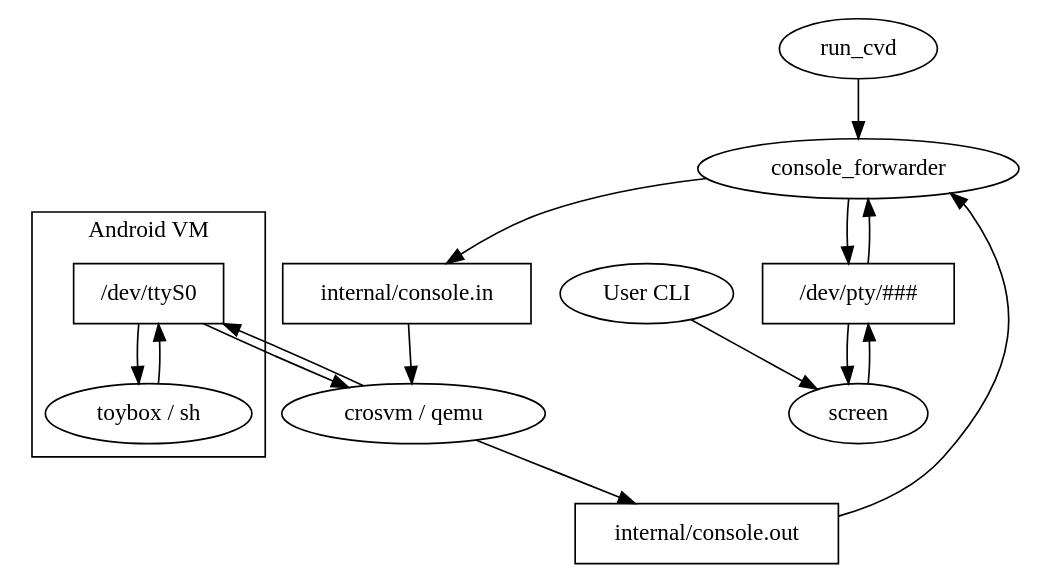
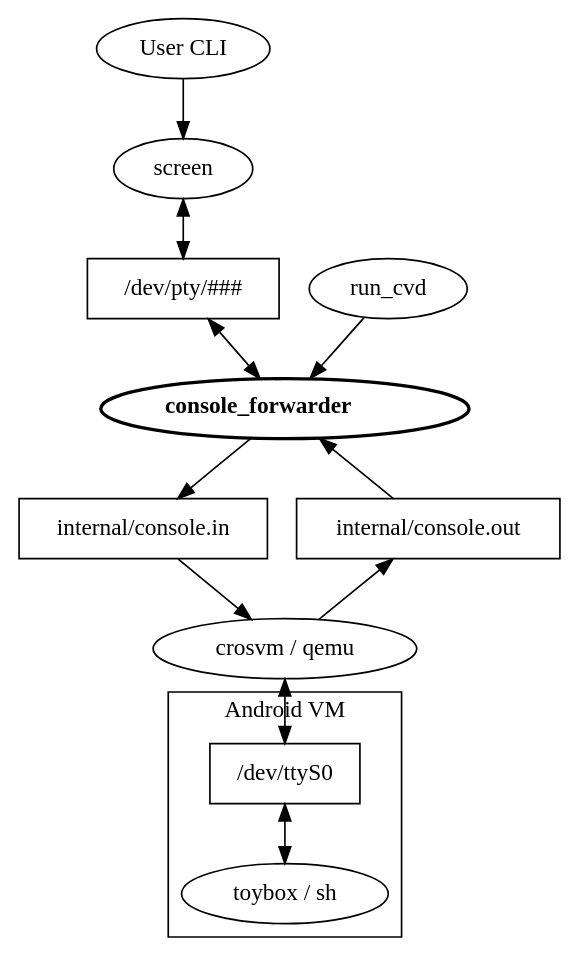
One commit to google/android-cuttlefish changed the diagram in host/commands/console_forwarder/doc/linkage.dot. Above: the diagram before and after it, drawn with Graphviz. The commit also changed 2 other files, not shown here.

Commit message:
Rearrange layout of console_forwarder
Bug: 254338333
Test: dot -Tpng linkage.dot -o linkage.png
Test: dot -Tsvg linkage.svg -o linkage.svg

```diff
--- a/host/commands/console_forwarder/doc/linkage.dot
+++ b/host/commands/console_forwarder/doc/linkage.dot
@@ -1,32 +1,24 @@
 digraph {
-  console_forwarder
-  host_console_in [label = "internal/console.in", shape="rectangle"]
-  host_console_out [label = "internal/console.out", shape="rectangle"]
-  host_pty [label = "/dev/pty/###", shape="rectangle"]
+  console_forwarder [label = < <B>console_forwarder</B> >, penwidth = 2]
+  host_console_in [label = "internal/console.in", shape = "rectangle"]
+  host_console_out [label = "internal/console.out", shape = "rectangle"]
+  host_pty [label = "/dev/pty/###", shape = "rectangle"]
   run_cvd
   screen
   user [label = "User CLI"]
   vmm [label = "crosvm / qemu"]
   subgraph cluster_android {
     label = "Android VM"
-    vm_console [label = "/dev/ttyS0", shape="rectangle"]
+    vm_console [label = "/dev/ttyS0", shape = "rectangle"]
     shell [label = "toybox / sh"]
   }
 
+  run_cvd -> console_forwarder
   user -> screen
-  screen -> host_pty
-  host_pty -> screen
+  screen -> host_pty -> console_forwarder [dir = "both"]
 
-  run_cvd -> console_forwarder
-  host_console_out -> console_forwarder
-  console_forwarder -> host_console_in
-  vmm -> host_console_out
-  host_console_in -> vmm
-  console_forwarder -> host_pty
-  host_pty -> console_forwarder
+  console_forwarder -> host_console_out -> vmm [dir = "back"]
+  console_forwarder -> host_console_in -> vmm
 
-  vmm -> vm_console
-  vm_console -> vmm
-  vm_console -> shell
-  shell -> vm_console
+  vmm -> vm_console -> shell [dir = "both"]
 }
```
